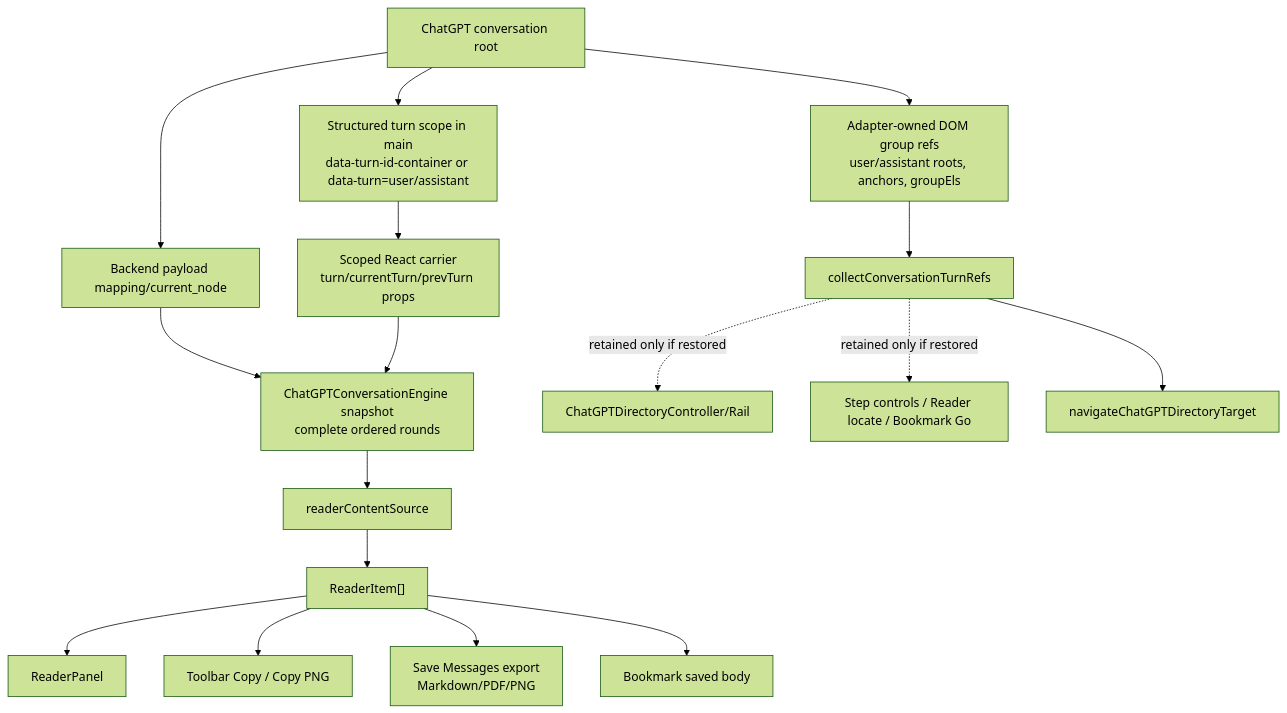
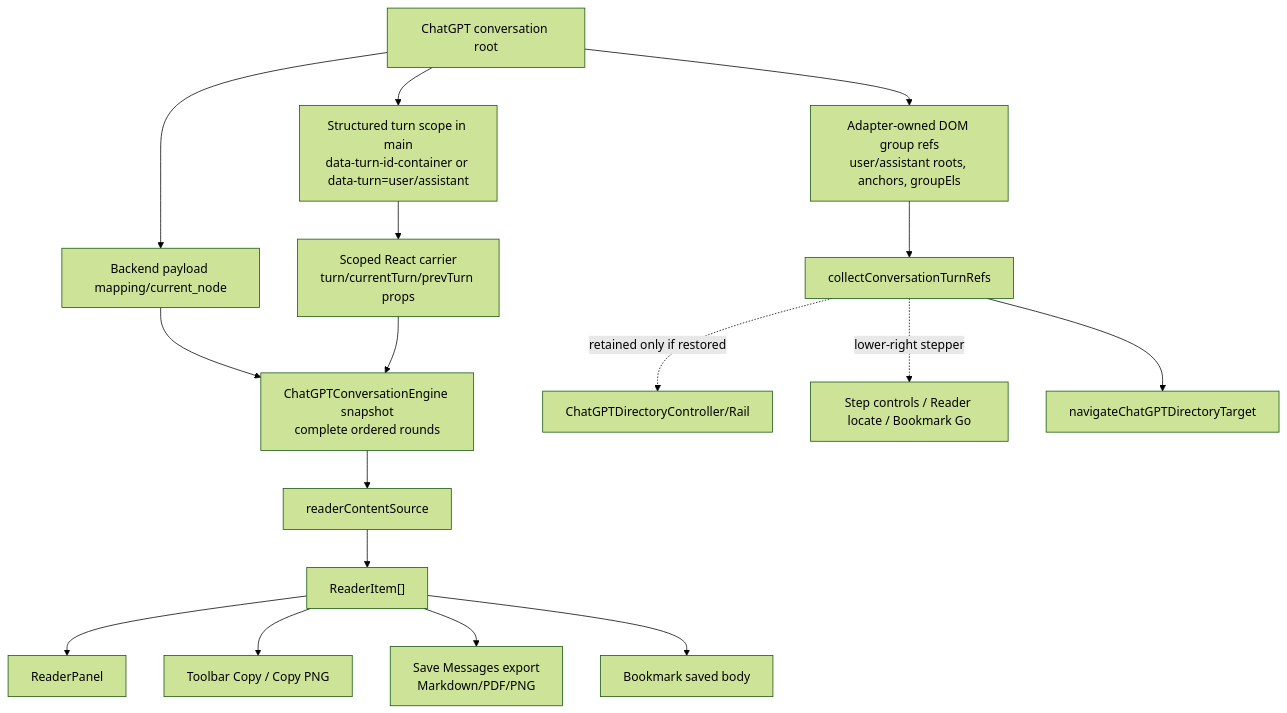
One commit to zhaoliangbin42/AI-MarkDone changed the diagram in docs/architecture/CURRENT_STATE.md. Above: the diagram before and after it, drawn with Mermaid (forest theme). The commit also changed other lines of this file and 57 other files, not shown here.

Commit message:
feat: refine 4.5.0 Google Drive and navigation flows

````diff
--- a/docs/architecture/CURRENT_STATE.md
+++ b/docs/architecture/CURRENT_STATE.md
@@ -95,36 +96,36 @@
 ```mermaid
 flowchart TD
     Root["ChatGPT conversation root"]
     Payload["Backend payload mapping/current_node"]
     Scope["Structured turn scope in main<br/>data-turn-id-container or data-turn=user/assistant"]
     Carrier["Scoped React carrier<br/>turn/currentTurn/prevTurn props"]
     Snapshot["ChatGPTConversationEngine snapshot<br/>complete ordered rounds"]
     ReaderSource["readerContentSource"]
     ReaderItems["ReaderItem[]"]
     Reader["ReaderPanel"]
     ToolbarCopy["Toolbar Copy / Copy PNG"]
     Export["Save Messages export<br/>Markdown/PDF/PNG"]
     BookmarkBody["Bookmark saved body"]
     AdapterGroups["Adapter-owned DOM group refs<br/>user/assistant roots, anchors, groupEls"]
     TurnRefs["collectConversationTurnRefs"]
     Directory["ChatGPTDirectoryController/Rail"]
     StepControls["Step controls / Reader locate / Bookmark Go"]
     Navigation["navigateChatGPTDirectoryTarget"]
 
     Root --> Payload
     Root --> Scope
     Scope --> Carrier
     Payload --> Snapshot
     Carrier --> Snapshot
     Snapshot --> ReaderSource
     ReaderSource --> ReaderItems
     ReaderItems --> Reader
     ReaderItems --> ToolbarCopy
     ReaderItems --> Export
     ReaderItems --> BookmarkBody
     Root --> AdapterGroups
     AdapterGroups --> TurnRefs
     TurnRefs --> Navigation
     TurnRefs -. "retained only if restored" .-> Directory
-    TurnRefs -. "retained only if restored" .-> StepControls
+    TurnRefs -. "lower-right stepper" .-> StepControls
 ```
````
